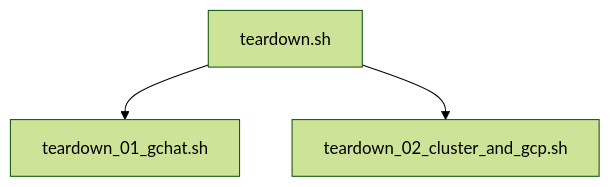
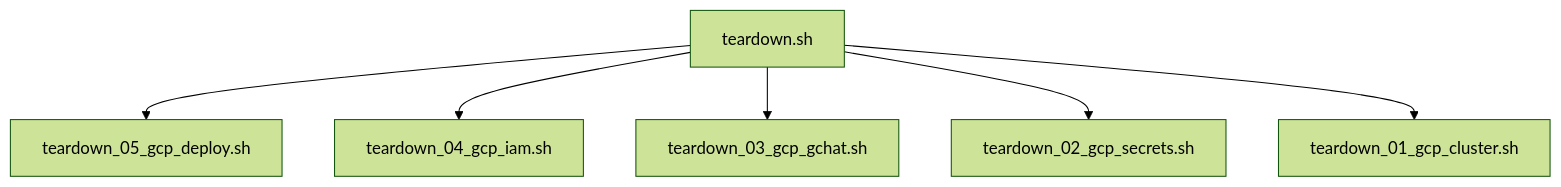
The second of 2 diagrams in k8s-operator/README.md (gke-agentic/kube-agents), drawn with Mermaid (forest theme) before and after one commit. The commit also changed other lines of this file and 14 other files, not shown here.

````diff
--- a/k8s-operator/README.md
+++ b/k8s-operator/README.md
@@ -99,5 +99,8 @@
 ```mermaid
 graph TD
-    A[teardown.sh] --> B[teardown_01_gchat.sh]
-    A --> C[teardown_02_cluster_and_gcp.sh]
+    A[teardown.sh] --> B[teardown_05_gcp_deploy.sh]
+    A --> C[teardown_04_gcp_iam.sh]
+    A --> D[teardown_03_gcp_gchat.sh]
+    A --> E[teardown_02_gcp_secrets.sh]
+    A --> F[teardown_01_gcp_cluster.sh]
 ```
````
